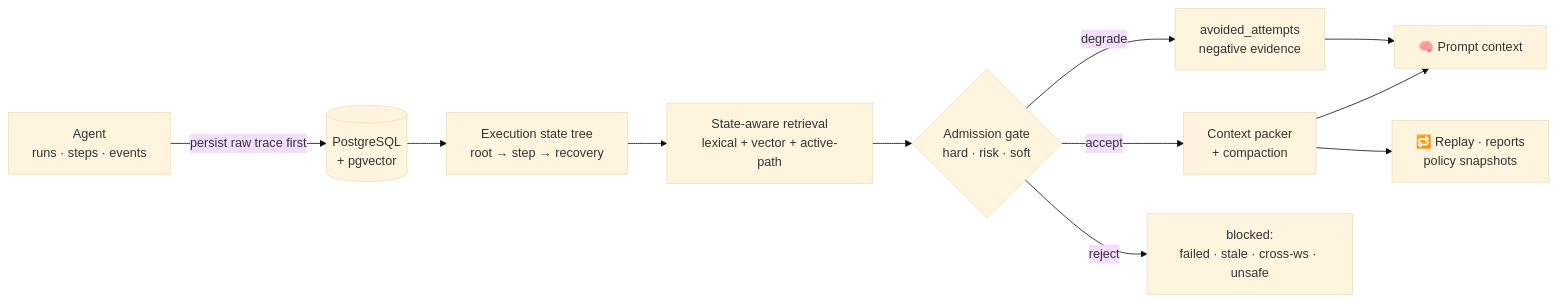
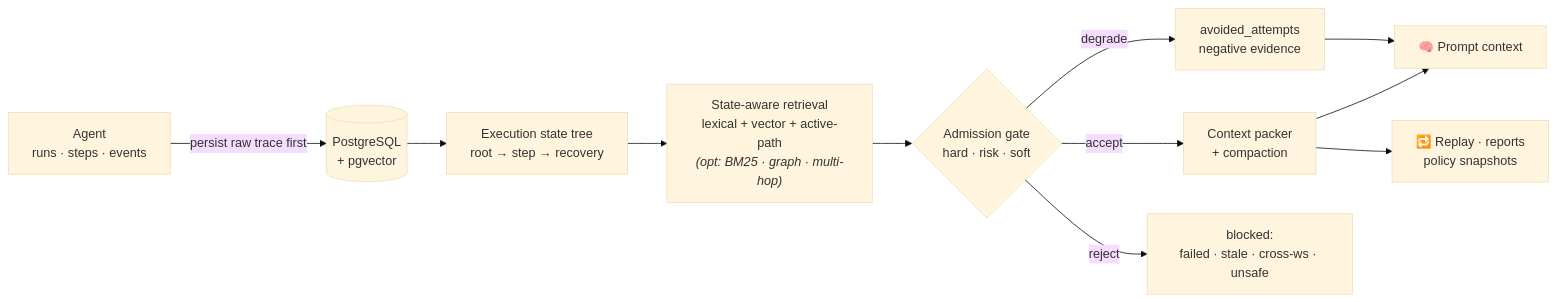
The diagram in README.md (MicroYui/mem-trace), drawn with Mermaid (base theme) before and after one commit. The commit also changed other lines of this file, not shown here.

First line of the commit message:
docs: refresh README for the current version (advanced retrieval, governance, IDE/Go-Rust)

````diff
--- a/README.md
+++ b/README.md
@@ -55,13 +55,13 @@
 ```mermaid
 flowchart LR
     A["Agent<br/>runs · steps · events"] -->|persist raw trace first| B[("PostgreSQL<br/>+ pgvector")]
     B --> C["Execution state tree<br/>root → step → recovery"]
-    C --> D["State-aware retrieval<br/>lexical + vector + active-path"]
+    C --> D["State-aware retrieval<br/>lexical + vector + active-path<br/><i>(opt: BM25 · graph · multi-hop)</i>"]
     D --> E{"Admission gate<br/>hard · risk · soft"}
     E -->|accept| F["Context packer<br/>+ compaction"]
     E -->|degrade| G["avoided_attempts<br/>negative evidence"]
     E -->|reject| H["blocked:<br/>failed · stale · cross-ws · unsafe"]
     F --> I["🧠 Prompt context"]
     G --> I
     F --> J["🔁 Replay · reports<br/>policy snapshots"]
 ```
````
